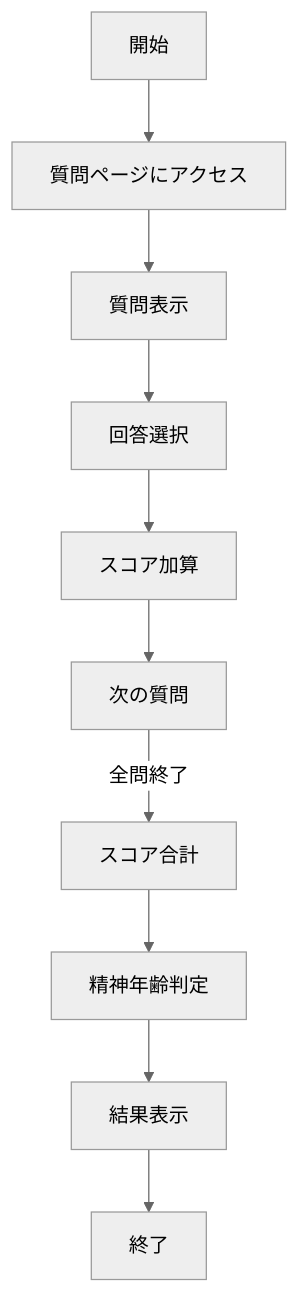
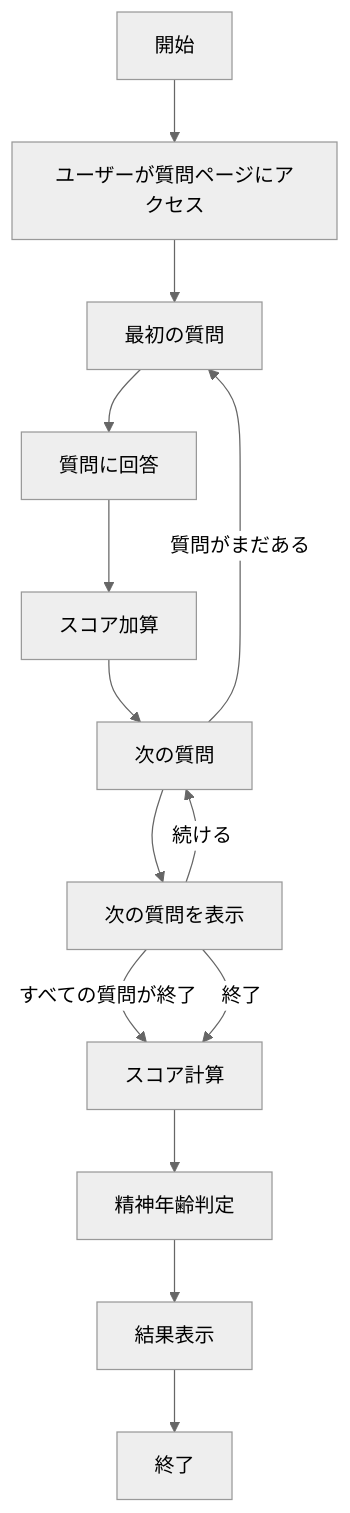
Before and after one commit to sososodesu/webpro_06: the diagram in README.md, drawn with Mermaid (neutral theme).

````diff
--- a/README.md
+++ b/README.md
@@ -78,23 +78,30 @@
 ```mermaid
-flowchart TD;
+flowchart TD
     start["開始"]
     end1["終了"]
-    check["質問ページにアクセス"]
-    question["質問表示"]
-    answer["回答選択"]
+    check["ユーザーが質問ページにアクセス"]
+    question["最初の質問"]
+    answer["質問に回答"]
     score_add["スコア加算"]
     next_question["次の質問"]
-    calculate_score["スコア合計"]
-    age_group["精神年齢判定"]
-    results["結果表示"]
+    result_calculate["スコア計算"]
+    mental_age["精神年齢判定"]
+    display_results["結果表示"]
+    repeat_question["次の質問を表示"]
 
     start --> check
     check --> question
     question --> answer
     answer --> score_add
     score_add --> next_question
-    next_question -->|全問終了| calculate_score
-    calculate_score --> age_group
-    age_group --> results
-    results --> end1
+    next_question --> repeat_question
+    repeat_question -->|すべての質問が終了| result_calculate
+    result_calculate --> mental_age
+    mental_age --> display_results
+    display_results --> end1
+    next_question -->|質問がまだある| question
+
+    %% 条件分岐：全ての質問が終了したら結果に進む
+    repeat_question -->|終了| result_calculate
+    repeat_question -->|続ける| next_question
 ```
````
